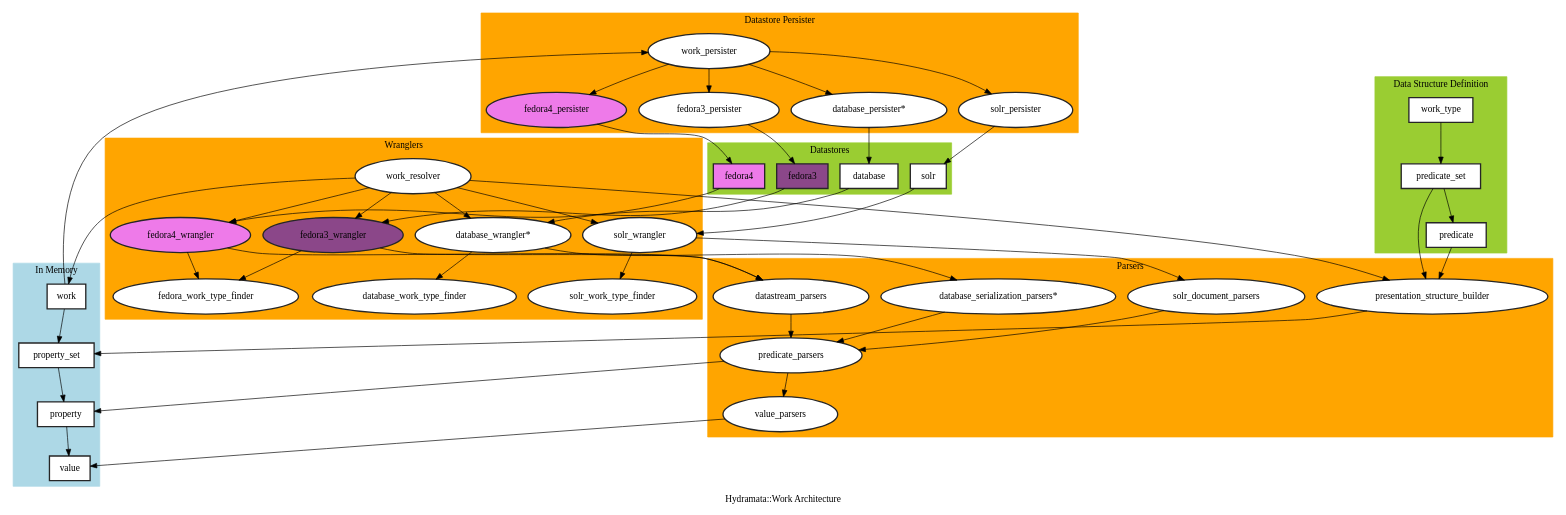
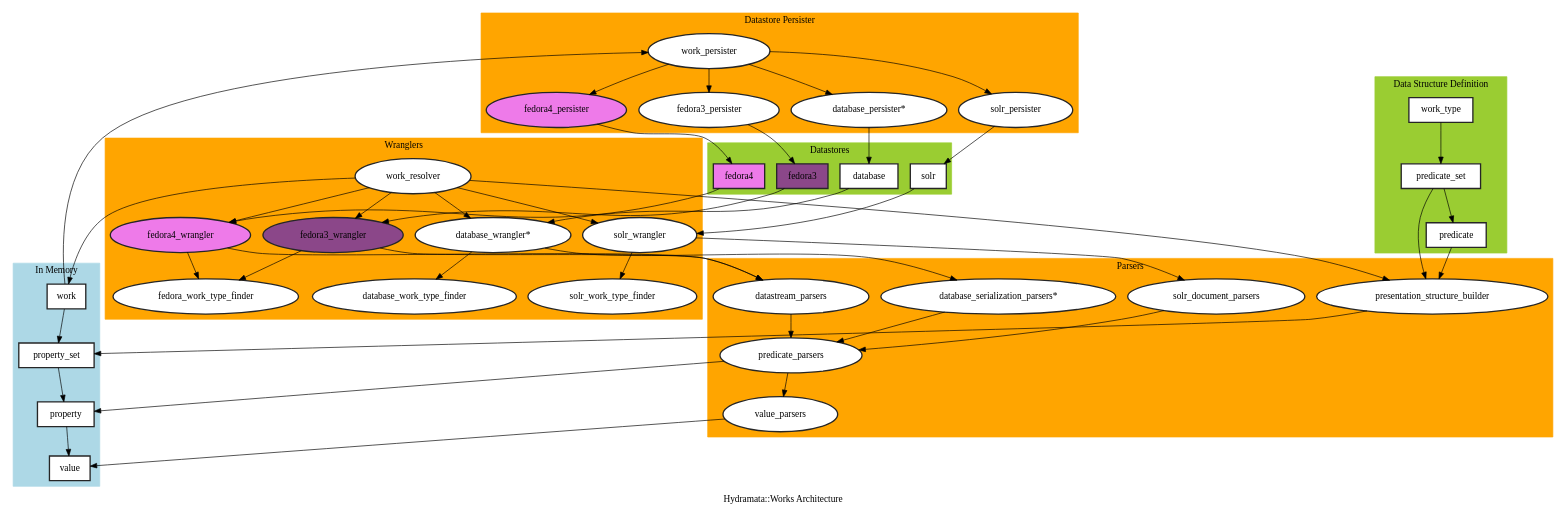
One commit to jeremyf/hydramata-works changed the diagram in documents/diagrams/hydramata-work-architecture.dot. Above: the diagram before and after it, drawn with Graphviz. The commit also changed 266 other files, not shown here.

First line of the commit message:
Renaming Hydramata::Work to Hydramata::Works

```diff
--- a/documents/diagrams/hydramata-work-architecture.dot
+++ b/documents/diagrams/hydramata-work-architecture.dot
@@ -1,129 +1,129 @@
 digraph "G" {
-    label="Hydramata::Work Architecture"
+    label="Hydramata::Works Architecture"
     compound=true;
     node[color="grey15" style=filled fillcolor=white shape=oval penwidth=2 margin="0.15, 0.15"];
 
     subgraph cluster_0 {
         label="Datastores"
         color="olivedrab3"
         style="filled"
         node[shape=record]
         fedora3[fillcolor=orchid4]
         database
         fedora4[fillcolor=orchid2]
         solr
     }
 
     subgraph cluster_1 {
         label="Wranglers"
         color="orange"
         style="filled"
         work_resolver
         fedora3_wrangler[fillcolor=orchid4]
         fedora4_wrangler[fillcolor=orchid2]
         database_wrangler[label="database_wrangler*"]
         solr_wrangler
         fedora_work_type_finder
         fedora_work_type_finder
         solr_work_type_finder
         database_work_type_finder
     }
 
     subgraph cluster_8 {
         label="Parsers"
         color="orange"
         style="filled"
 
         datastream_parsers
         database_serialization_parsers[label="database_serialization_parsers*"]
         solr_document_parsers
         predicate_parsers
         value_parsers
         presentation_structure_builder
     }
 
     subgraph cluster_2 {
         label="Data Structure Definition"
         color="olivedrab3"
         style="filled"
         node[shape=record]
 
         work_type -> predicate_set -> predicate
     }
 
 
     subgraph cluster_3 {
         label="Datastore Persister"
         color="orange"
         style="filled"
         fedora3_persister
         fedora4_persister[fillcolor=orchid2]
         database_persister[label="database_persister*"]
         solr_persister
         work_persister
     }
 
     subgraph cluster_4 {
         label="In Memory"
         color="lightblue"
         style="filled"
         node[shape=record]
         work
         property_set
         property
         value
     }
 
     subgraph cluster_5 {
         label="Buffer Map"
         color="orange"
         style="filled"
     }
 
     subgraph cluster_6 {
         label="Output Buffer"
         color="firebrick2"
         style="filled"
     }
 
     presentation_structure_builder -> property_set
     database -> database_wrangler
     database_persister -> database
     database_serialization_parsers -> predicate_parsers
     database_wrangler -> database_serialization_parsers
     database_wrangler -> database_work_type_finder
     datastream_parsers -> predicate_parsers
     fedora3 -> fedora3_wrangler
     fedora3_persister -> fedora3
     fedora3_wrangler -> datastream_parsers
     fedora3_wrangler -> fedora_work_type_finder
     fedora_work_type_finder
     fedora4 -> fedora4_wrangler
     fedora4_persister -> fedora4
     fedora4_wrangler -> datastream_parsers
     fedora4_wrangler -> fedora_work_type_finder
     predicate -> presentation_structure_builder
     predicate_parsers -> property
     predicate_parsers -> value_parsers
     predicate_set -> presentation_structure_builder
     property -> value
     property_set -> property
     solr -> solr_wrangler
     solr_document_parsers -> predicate_parsers
     solr_persister -> solr
     solr_wrangler -> solr_document_parsers
     solr_wrangler -> solr_work_type_finder
     value_parsers -> value
     work -> property_set
     work -> work_persister
     work_persister -> database_persister
     work_persister -> fedora3_persister
     work_persister -> fedora4_persister
     work_persister -> solr_persister
     work_resolver -> presentation_structure_builder
     work_resolver -> database_wrangler
     work_resolver -> fedora3_wrangler
     work_resolver -> fedora4_wrangler
     work_resolver -> solr_wrangler
     work_resolver -> work
 }
```
